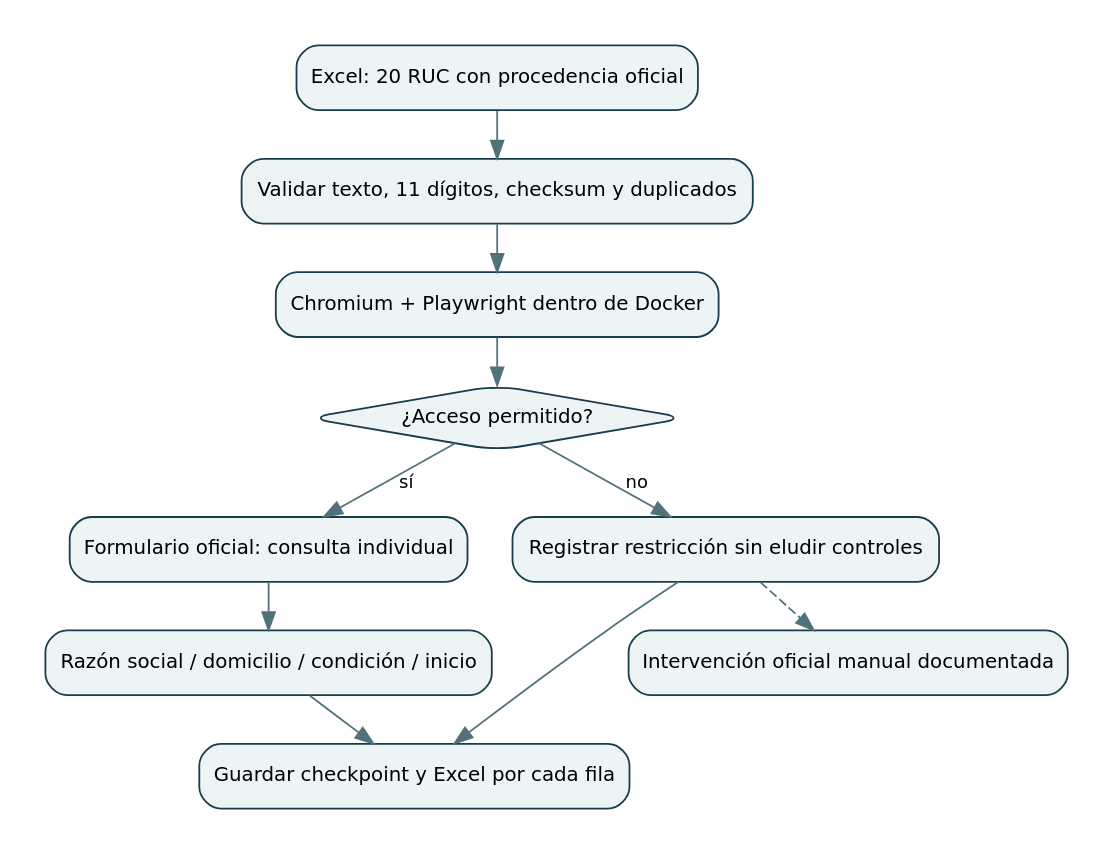
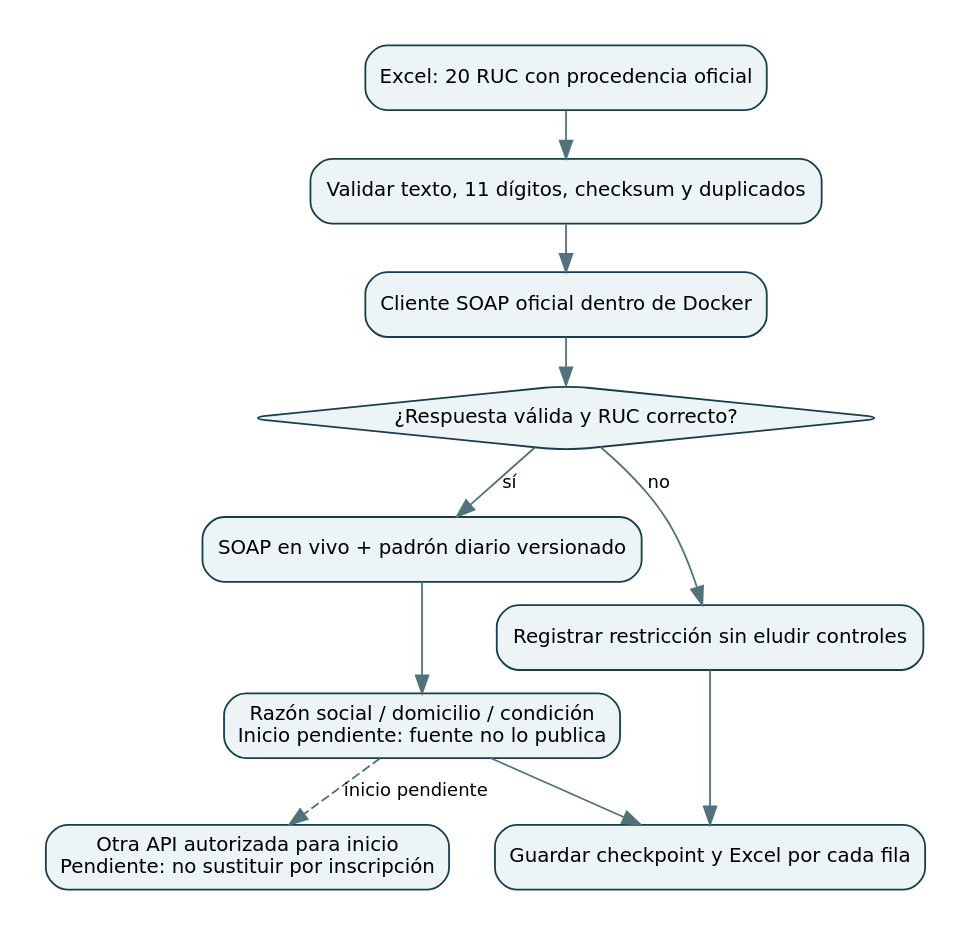
Before and after one commit to Grabiel-z/integrador-3: the diagram in diagramas/sunat.dot, drawn with Graphviz. The commit also changed 104 other files, not shown here.

Commit message:
fix: consultar SUNAT por API oficial sin intervención humana

```diff
--- a/diagramas/sunat.dot
+++ b/diagramas/sunat.dot
@@ -1,20 +1,20 @@
 digraph SUNAT {
   graph [rankdir=TB, bgcolor="white", pad="0.25", nodesep="0.35", ranksep="0.35"];
   node [shape=box, style="rounded,filled", fillcolor="#EDF4F5", color="#183D4B", fontname="DejaVu Sans", fontsize=11];
   edge [color="#52727B", fontname="DejaVu Sans", fontsize=10];
   entrada [label="Excel: 20 RUC con procedencia oficial"];
   validar [label="Validar texto, 11 dígitos, checksum y duplicados"];
-  navegador [label="Chromium + Playwright dentro de Docker"];
-  control [shape=diamond,label="¿Acceso permitido?"];
-  consulta [label="Formulario oficial: consulta individual"];
-  extraer [label="Razón social / domicilio / condición / inicio"];
+  navegador [label="Cliente SOAP oficial dentro de Docker"];
+  control [shape=diamond,label="¿Respuesta válida y RUC correcto?"];
+  consulta [label="SOAP en vivo + padrón diario versionado"];
+  extraer [label="Razón social / domicilio / condición\nInicio pendiente: fuente no lo publica"];
   guardar [label="Guardar checkpoint y Excel por cada fila"];
   bloqueo [label="Registrar restricción sin eludir controles"];
-  manual [label="Intervención oficial manual documentada"];
+  manual [label="Otra API autorizada para inicio\nPendiente: no sustituir por inscripción"];
   entrada -> validar -> navegador -> control;
   control -> consulta [label="sí"];
   control -> bloqueo [label="no"];
   consulta -> extraer -> guardar;
   bloqueo -> guardar;
-  bloqueo -> manual [style=dashed];
+  extraer -> manual [style=dashed,label="inicio pendiente"];
 }
```
